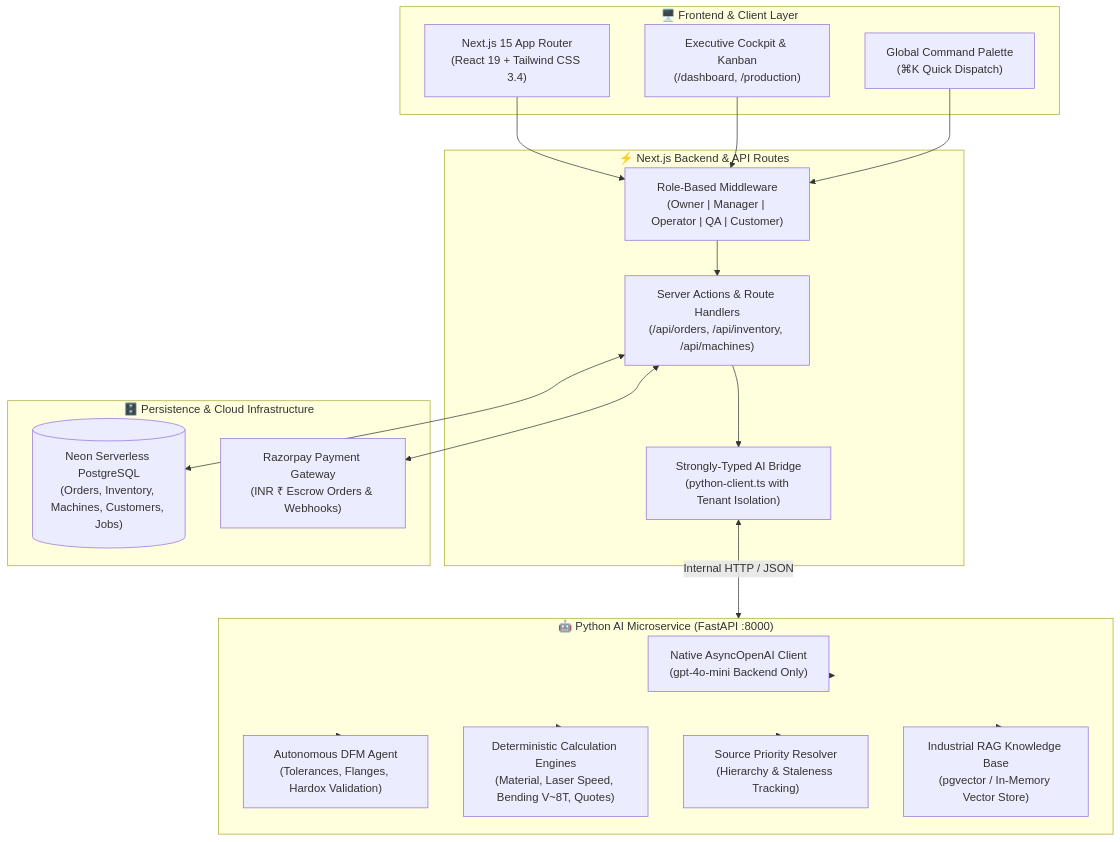
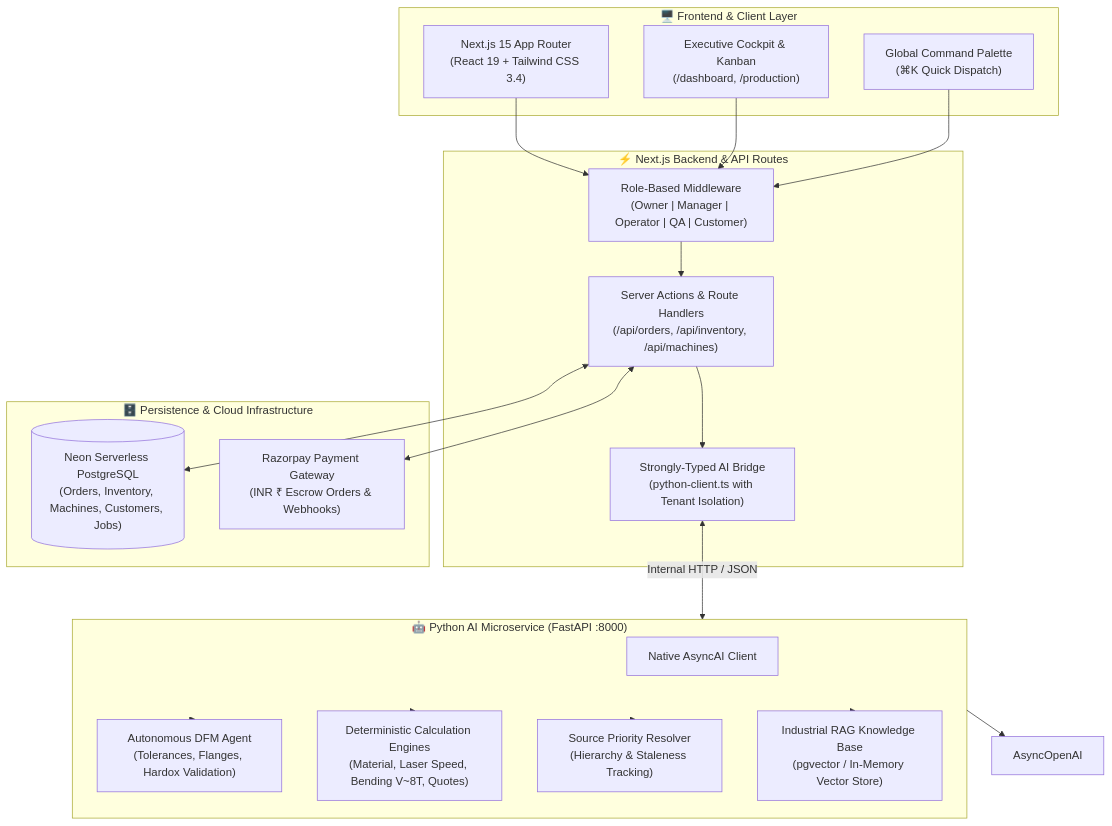
The first of 2 diagrams in README.md (bhuvanabcs24-maker/Forge-IQ), drawn with Mermaid before and after one commit.

Commit message:
Rename AsyncOpenAI to AsyncAI in README

````diff
--- a/README.md
+++ b/README.md
@@ -129,44 +129,44 @@
 ```mermaid
 flowchart TD
     subgraph ClientLayer["🖥️ Frontend & Client Layer"]
         Browser["Next.js 15 App Router\n(React 19 + Tailwind CSS 3.4)"]
         Dashboard["Executive Cockpit & Kanban\n(/dashboard, /production)"]
         CommandPalette["Global Command Palette\n(⌘K Quick Dispatch)"]
     end
 
     subgraph AppServer["⚡ Next.js Backend & API Routes"]
         Middleware["Role-Based Middleware\n(Owner | Manager | Operator | QA | Customer)"]
         ServerActions["Server Actions & Route Handlers\n(/api/orders, /api/inventory, /api/machines)"]
         PythonBridge["Strongly-Typed AI Bridge\n(python-client.ts with Tenant Isolation)"]
     end
 
     subgraph AIService["🤖 Python AI Microservice (FastAPI :8000)"]
-        AsyncOpenAI["Native AsyncOpenAI Client\n(gpt-4o-mini Backend Only)"]
+        AsyncAI["Native AsyncAI Client\n"]
         DFMAgent["Autonomous DFM Agent\n(Tolerances, Flanges, Hardox Validation)"]
         Calculators["Deterministic Calculation Engines\n(Material, Laser Speed, Bending V~8T, Quotes)"]
         KnowledgeResolver["Source Priority Resolver\n(Hierarchy & Staleness Tracking)"]
         VectorStore["Industrial RAG Knowledge Base\n(pgvector / In-Memory Vector Store)"]
     end
 
     subgraph DatabaseLayer["🗄️ Persistence & Cloud Infrastructure"]
         NeonDB[("Neon Serverless PostgreSQL\n(Orders, Inventory, Machines, Customers, Jobs)")]
         Razorpay["Razorpay Payment Gateway\n(INR ₹ Escrow Orders & Webhooks)"]
     end
 
     Browser --> Middleware
     Dashboard --> Middleware
     CommandPalette --> Middleware
     Middleware --> ServerActions
 
     ServerActions <--> NeonDB
     ServerActions --> PythonBridge
     PythonBridge <-->|"Internal HTTP / JSON"| AIService
 
     AIService --> AsyncOpenAI
     AIService --> DFMAgent
     AIService --> Calculators
     AIService --> KnowledgeResolver
     AIService --> VectorStore
 
     ServerActions <--> Razorpay
 ```
````
